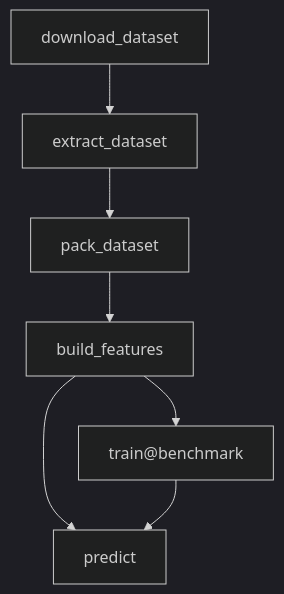
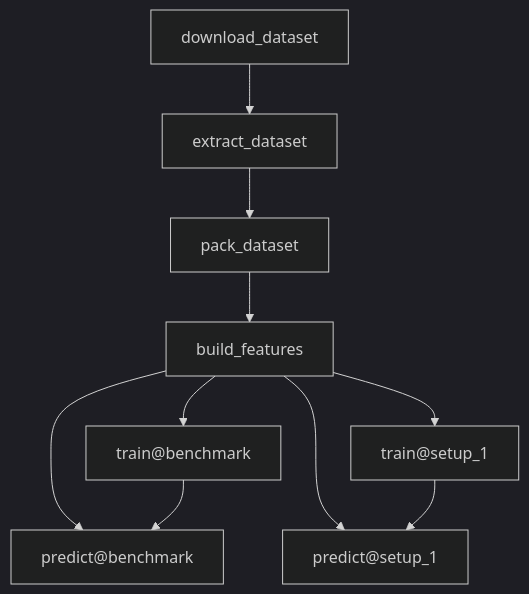
One commit to u-masao/two-tower-model-tutorial changed the first of 2 diagrams in PIPELINE.md. Above: the diagram before and after it, drawn with Mermaid (dark theme). The commit also changed other lines of this file, not shown here.

````diff
--- a/PIPELINE.md
+++ b/PIPELINE.md
@@ -7,15 +7,20 @@
 ```mermaid
 flowchart TD
 	node1["build_features"]
 	node2["download_dataset"]
 	node3["extract_dataset"]
 	node4["pack_dataset"]
-	node5["predict"]
-	node6["train@benchmark"]
+	node5["predict@benchmark"]
+	node6["predict@setup_1"]
+	node7["train@benchmark"]
+	node8["train@setup_1"]
 	node1-->node5
 	node1-->node6
+	node1-->node7
+	node1-->node8
 	node2-->node3
 	node3-->node4
 	node4-->node1
-	node6-->node5
+	node7-->node5
+	node8-->node6
 ```
````
